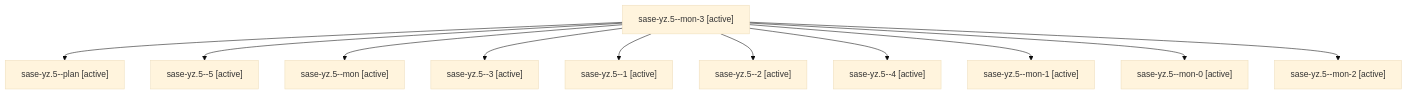
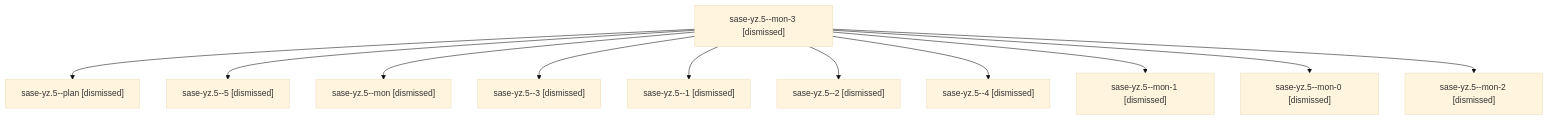
The diagram in sessions/bbugyi200.athena.sase-yz.5.md (sase-org/sase--agents), drawn with Mermaid (base theme) before and after one commit. The commit also changed other lines of this file and 208 other files, not shown here.

````diff
--- a/sessions/bbugyi200.athena.sase-yz.5.md
+++ b/sessions/bbugyi200.athena.sase-yz.5.md
@@ -9,24 +9,24 @@
 ```mermaid
 flowchart TD
-  n0["sase-yz.5--mon-3 [active]"]
-  n1["sase-yz.5--plan [active]"]
+  n0["sase-yz.5--mon-3 [dismissed]"]
+  n1["sase-yz.5--plan [dismissed]"]
   n0 --> n1
-  n2["sase-yz.5--5 [active]"]
+  n2["sase-yz.5--5 [dismissed]"]
   n0 --> n2
-  n3["sase-yz.5--mon [active]"]
+  n3["sase-yz.5--mon [dismissed]"]
   n0 --> n3
-  n4["sase-yz.5--3 [active]"]
+  n4["sase-yz.5--3 [dismissed]"]
   n0 --> n4
-  n5["sase-yz.5--1 [active]"]
+  n5["sase-yz.5--1 [dismissed]"]
   n0 --> n5
-  n6["sase-yz.5--2 [active]"]
+  n6["sase-yz.5--2 [dismissed]"]
   n0 --> n6
-  n7["sase-yz.5--4 [active]"]
+  n7["sase-yz.5--4 [dismissed]"]
   n0 --> n7
-  n8["sase-yz.5--mon-1 [active]"]
+  n8["sase-yz.5--mon-1 [dismissed]"]
   n0 --> n8
-  n9["sase-yz.5--mon-0 [active]"]
+  n9["sase-yz.5--mon-0 [dismissed]"]
   n0 --> n9
-  n10["sase-yz.5--mon-2 [active]"]
+  n10["sase-yz.5--mon-2 [dismissed]"]
   n0 --> n10
 ```
````
